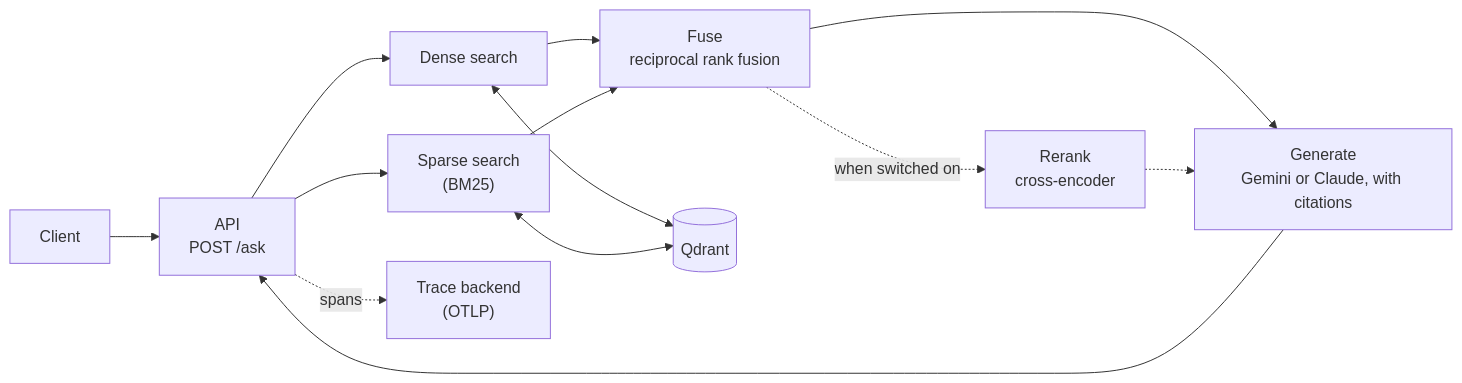
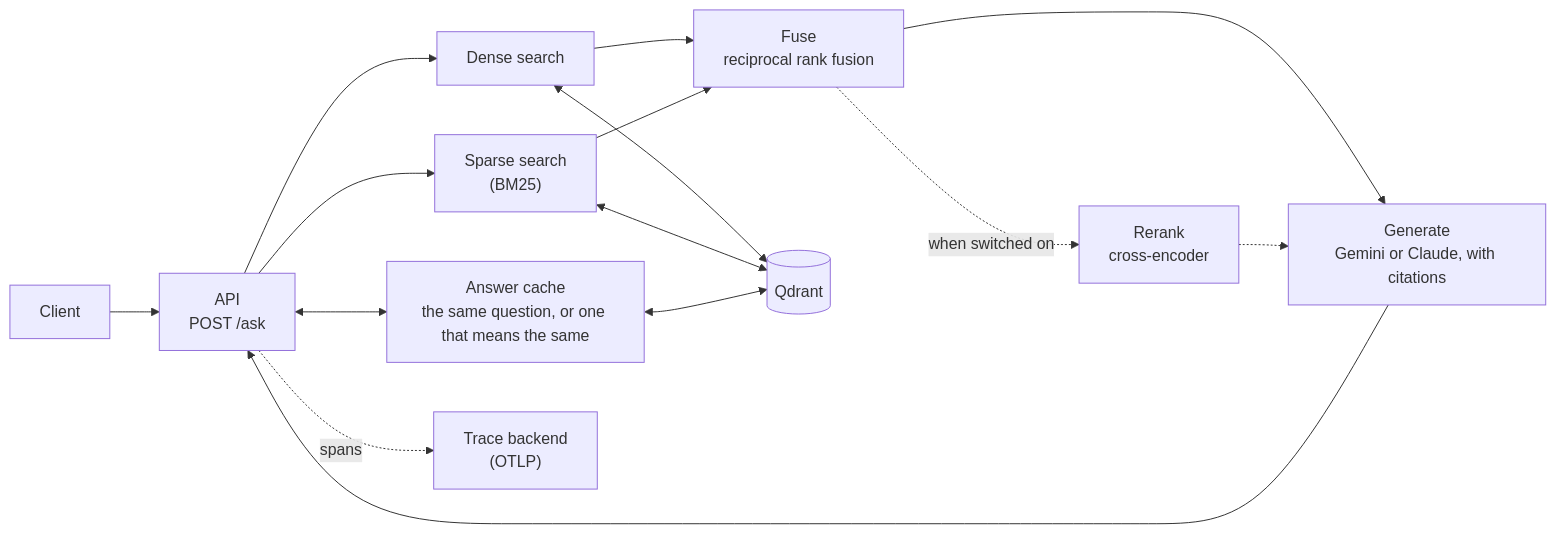
Before and after one commit to MumukshuPanchal/handbook-rag: the second of 3 diagrams in docs/architecture.md, drawn with Mermaid. The commit also changed other lines of this file and 9 other files, not shown here.

First line of the commit message:
docs: the answer cache, the decision behind it and what was measured

````diff
--- a/docs/architecture.md
+++ b/docs/architecture.md
@@ -39,15 +39,17 @@
 ```mermaid
 flowchart LR
     U["Client"] --> API["API<br/>POST /ask"]
     API --> R1["Dense search"]
     API --> R2["Sparse search<br/>(BM25)"]
     R1 --> F["Fuse<br/>reciprocal rank fusion"]
     R2 --> F
     F -. "when switched on" .-> RR["Rerank<br/>cross-encoder"]
     F --> G["Generate<br/>Gemini or Claude, with citations"]
     RR -.-> G
     G --> API
+    API <--> AC["Answer cache<br/>the same question, or one that means the same"]
     R1 <--> Q[("Qdrant")]
     R2 <--> Q
+    AC <--> Q
     API -. "spans" .-> T["Trace backend<br/>(OTLP)"]
 ```
````
